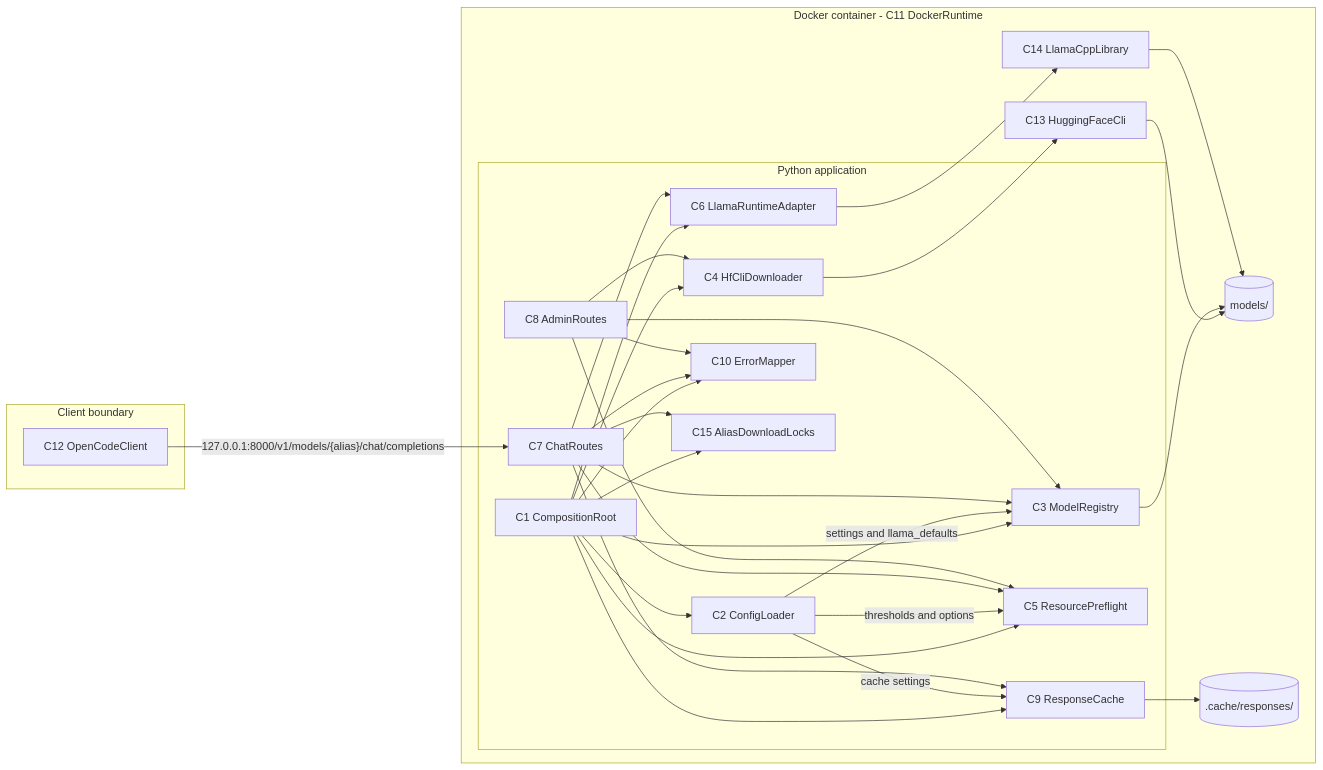
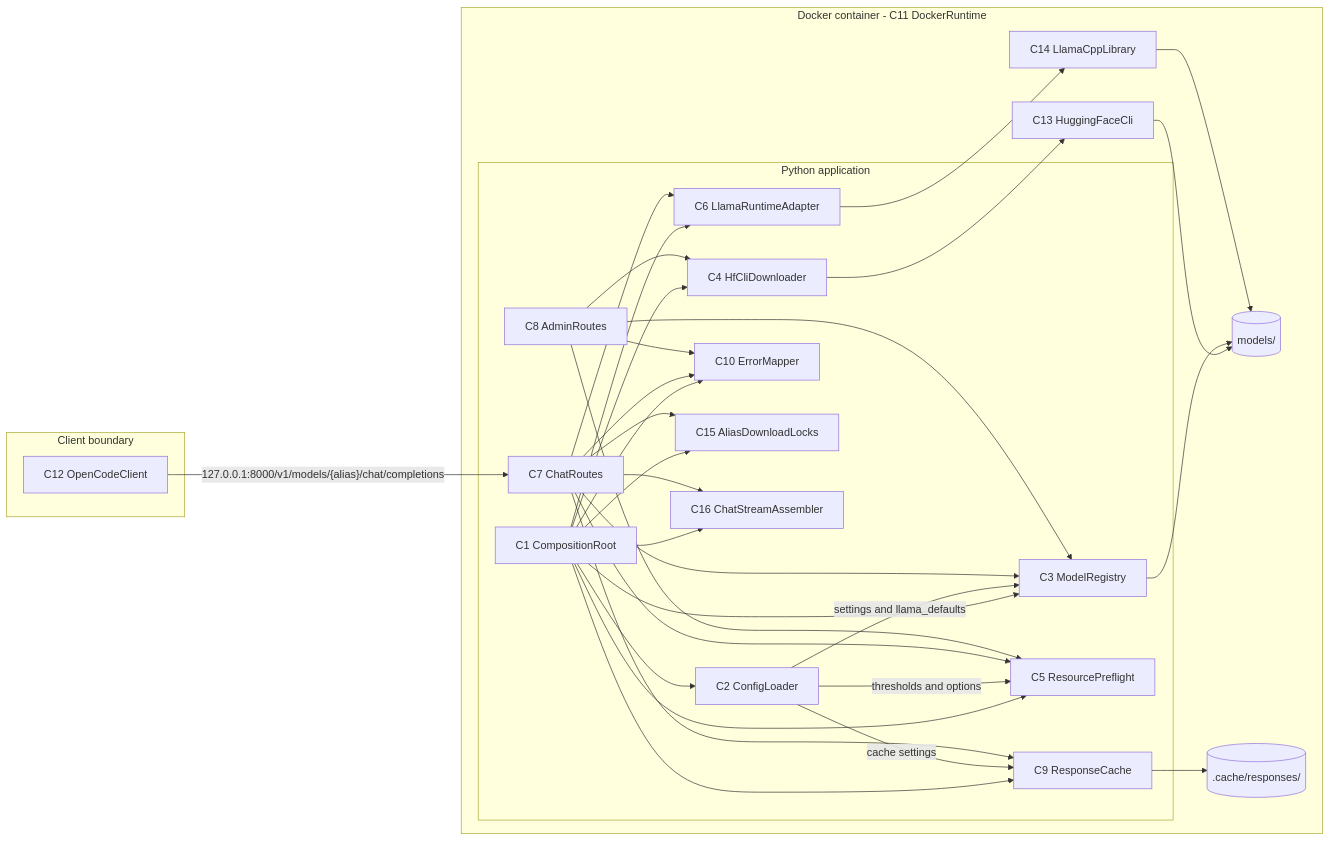
The first of 6 diagrams in docs/architecture.md (kkhatr2/local-llm), drawn with Mermaid before and after one commit. The commit also changed other lines of this file and 11 other files, not shown here.

````diff
--- a/docs/architecture.md
+++ b/docs/architecture.md
@@ -34,60 +35,63 @@
 ```mermaid
 flowchart LR
     subgraph Client["Client boundary"]
         OC["C12 OpenCodeClient"]
     end
 
     subgraph Container["Docker container - C11 DockerRuntime"]
         subgraph App["Python application"]
             ROOT["C1 CompositionRoot"]
             CFG["C2 ConfigLoader"]
             REG["C3 ModelRegistry"]
             DL["C4 HfCliDownloader"]
             PRE["C5 ResourcePreflight"]
             RT["C6 LlamaRuntimeAdapter"]
             CHAT["C7 ChatRoutes"]
             ADMIN["C8 AdminRoutes"]
             CACHE["C9 ResponseCache"]
             ERR["C10 ErrorMapper"]
             LOCKS["C15 AliasDownloadLocks"]
+            STREAM["C16 ChatStreamAssembler"]
         end
 
         HFCLI["C13 HuggingFaceCli"]
         LLAMA["C14 LlamaCppLibrary"]
         MODELS[("models/")]
         CACHEVOL[(".cache/responses/")]
     end
 
     OC -->|"127.0.0.1:8000/v1/models/{alias}/chat/completions"| CHAT
     ROOT --> CFG
     ROOT --> REG
     ROOT --> DL
     ROOT --> PRE
     ROOT --> RT
     ROOT --> CACHE
     ROOT --> ERR
     ROOT --> LOCKS
+    ROOT --> STREAM
 
     CFG -->|"settings and llama_defaults"| REG
     CFG -->|"thresholds and options"| PRE
     CFG -->|"cache settings"| CACHE
 
     CHAT --> CACHE
     CHAT --> PRE
     CHAT --> REG
     CHAT --> RT
     CHAT --> ERR
     CHAT --> LOCKS
+    CHAT --> STREAM
 
     ADMIN --> REG
     ADMIN --> DL
     ADMIN --> PRE
     ADMIN --> ERR
 
     DL --> HFCLI
     HFCLI --> MODELS
     REG --> MODELS
     RT --> LLAMA
     LLAMA --> MODELS
     CACHE --> CACHEVOL
 ```
````
